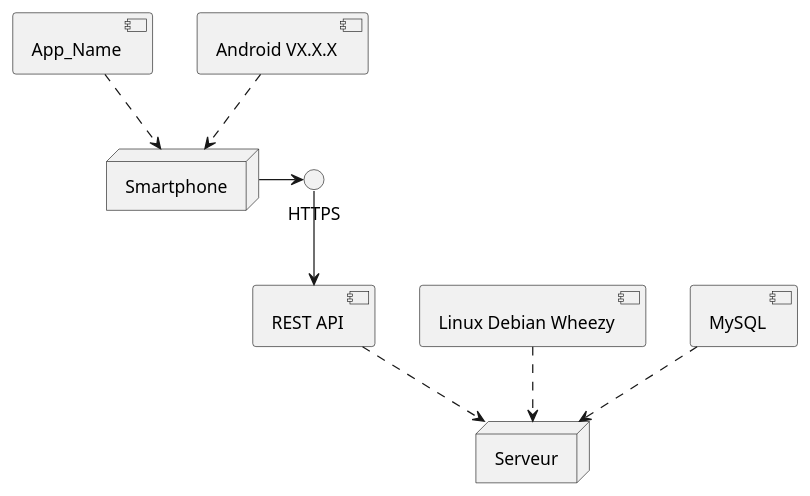
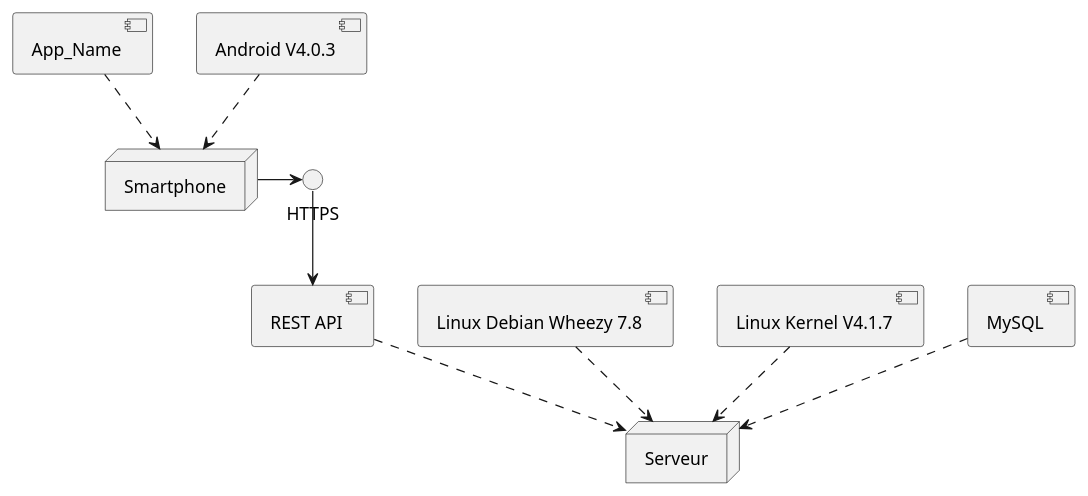
Before and after one commit to KevinRemoue/TestApp: the diagram in specifications/plantUML/archi_materielle.pu, drawn with PlantUML. The commit also changed 2 other files, not shown here.

```diff
--- a/specifications/plantUML/archi_materielle.pu
+++ b/specifications/plantUML/archi_materielle.pu
@@ -1,19 +1,21 @@
 @startuml
 node "Smartphone"
 node "Serveur"
 [App_Name]
 [REST API]
-[Linux Debian Wheezy]
+[Linux Debian Wheezy 7.8]
+[Linux Kernel V4.1.7]
 [MySQL]
-[Android VX.X.X]
+[Android V4.0.3]
 interface "HTTPS"
 
 [App_Name] ..> Smartphone
-[Android VX.X.X] ..> Smartphone
+[Android V4.0.3] ..> Smartphone
 Smartphone -> HTTPS
 HTTPS --> [REST API]
 [REST API] ..> Serveur
 [MySQL] ..> Serveur
-[Linux Debian Wheezy] ..> Serveur
+[Linux Kernel V4.1.7] ..> Serveur
+[Linux Debian Wheezy 7.8] ..> Serveur
 
 @enduml
```
